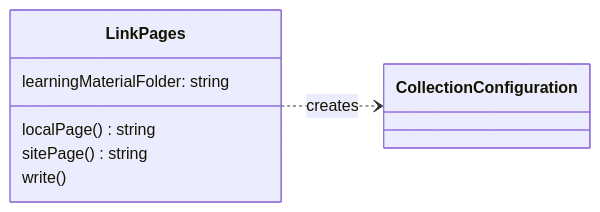
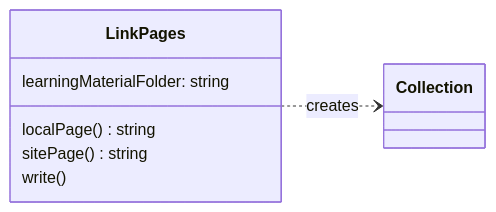
One commit to matthiasbaitsch/quarto-loi-moi changed the sixth of 6 diagrams in DESIGN.md. Above: the diagram before and after it, drawn with Mermaid. The commit also changed other lines of this file and 12 other files, not shown here.

````diff
--- a/DESIGN.md
+++ b/DESIGN.md
@@ -280,11 +289,11 @@
 ```mermaid
 classDiagram
   direction LR
-  LinkPages ..> CollectionConfiguration : creates
+  LinkPages ..> Collection : creates
   class LinkPages {
     learningMaterialFolder: string
     localPage() string
     sitePage() string
     write()
   }
 ```
````
